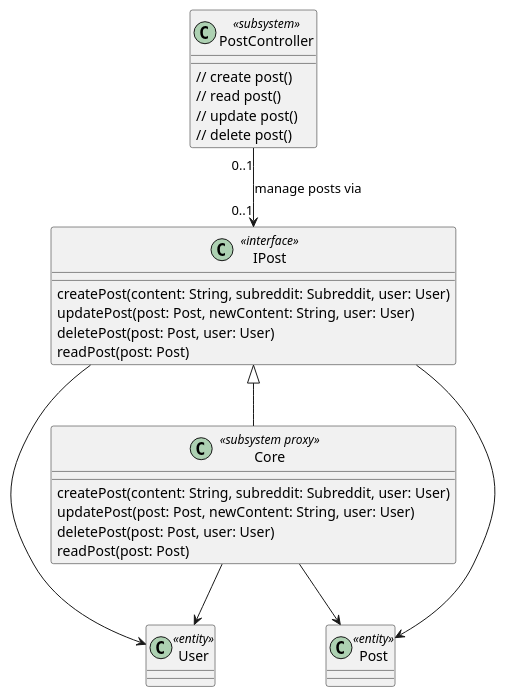
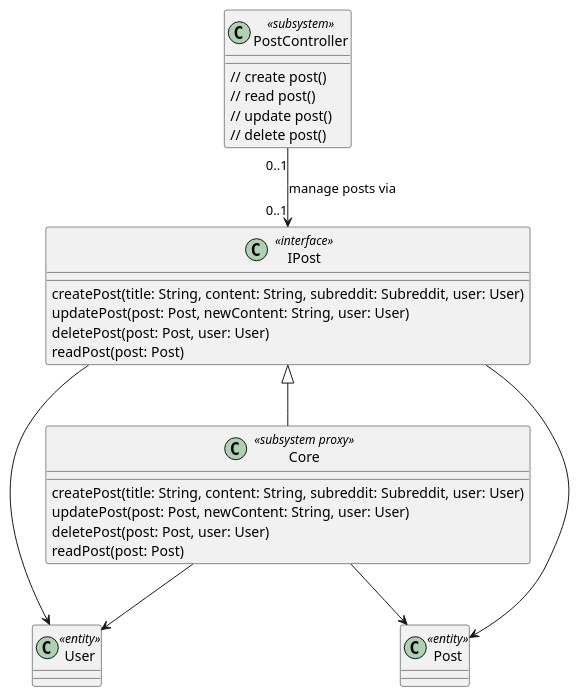
Before and after one commit to Huy-Ngo/reddit-design: the diagram in subsystem_core.puml, drawn with PlantUML. The commit also changed 11 other files, not shown here.

Commit message:
Update diagram

```diff
--- a/subsystem_core.puml
+++ b/subsystem_core.puml
@@ -1,34 +1,34 @@
 @startuml
 class PostController <<subsystem>> {
     // create post()
     // read post()
     // update post()
     // delete post()
 }
 
 class IPost <<interface>> {
-    createPost(content: String, subreddit: Subreddit, user: User)
+    createPost(title: String, content: String, subreddit: Subreddit, user: User)
     updatePost(post: Post, newContent: String, user: User)
     deletePost(post: Post, user: User)
     readPost(post: Post)
 }
 
 class Core <<subsystem proxy>> {
-    createPost(content: String, subreddit: Subreddit, user: User)
+    createPost(title: String, content: String, subreddit: Subreddit, user: User)
     updatePost(post: Post, newContent: String, user: User)
     deletePost(post: Post, user: User)
     readPost(post: Post)
 }
 
 class User <<entity>>
 class Post <<entity>>
 
 PostController "0..1" --> "0..1" IPost : manage posts via
 
 IPost <|-- Core
 Core --> User
 Core --> Post
 IPost --> User
 IPost --> Post
 
 @enduml
```
